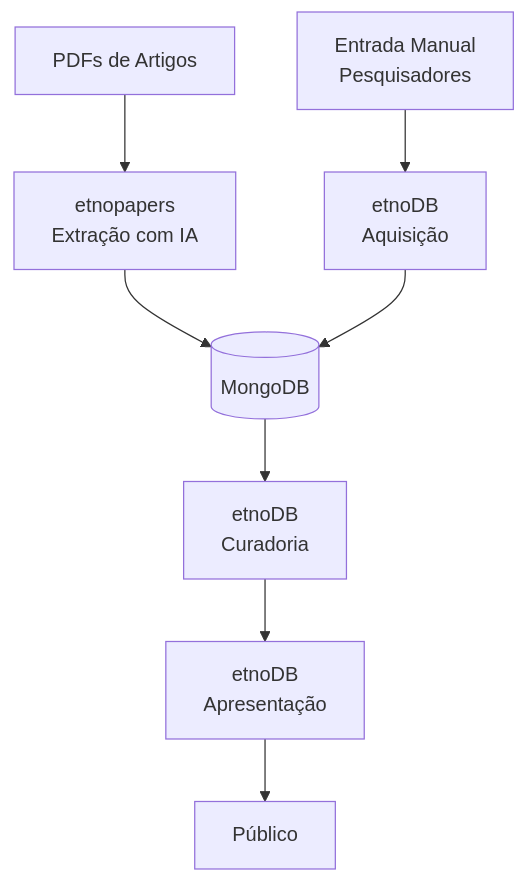
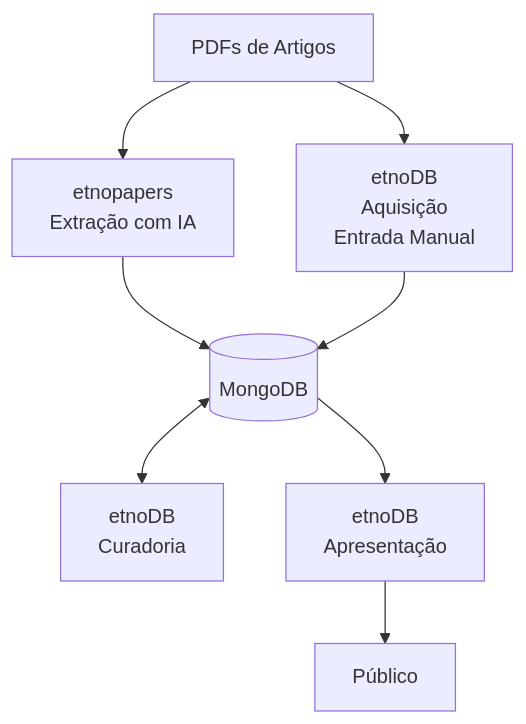
The first of 4 diagrams in README.md (edalcin/Arquitetura-BioCultural), drawn with Mermaid before and after one commit.

Commit message:
Update integration flow description for clarity
- Clarify that etnopapers and etnoDB-Aquisição work in parallel
- Both sources feed MongoDB independently
- Improve numbered steps in integration description

🤖 Generated with [Claude Code](https://claude.com/claude-code)

````diff
--- a/README.md
+++ b/README.md
@@ -52,12 +52,12 @@
 ```mermaid
 graph TB
     PDF[PDFs de Artigos] --> EP[etnopapers<br/>Extração com IA]
-    MANUAL[Entrada Manual<br/>Pesquisadores] --> ED_ACQ[etnoDB<br/>Aquisição]
+    PDF --> ED_ACQ[etnoDB<br/>Aquisição<br/> Entrada Manual]
 
     EP --> MONGO[(MongoDB)]
     ED_ACQ --> MONGO
 
-    MONGO --> ED_CUR[etnoDB<br/>Curadoria]
-    ED_CUR --> ED_PUB[etnoDB<br/>Apresentação]
+    MONGO <--> ED_CUR[etnoDB<br/>Curadoria]
+    MONGO --> ED_PUB[etnoDB<br/>Apresentação]
     ED_PUB --> PUB[Público]
 ```
````
